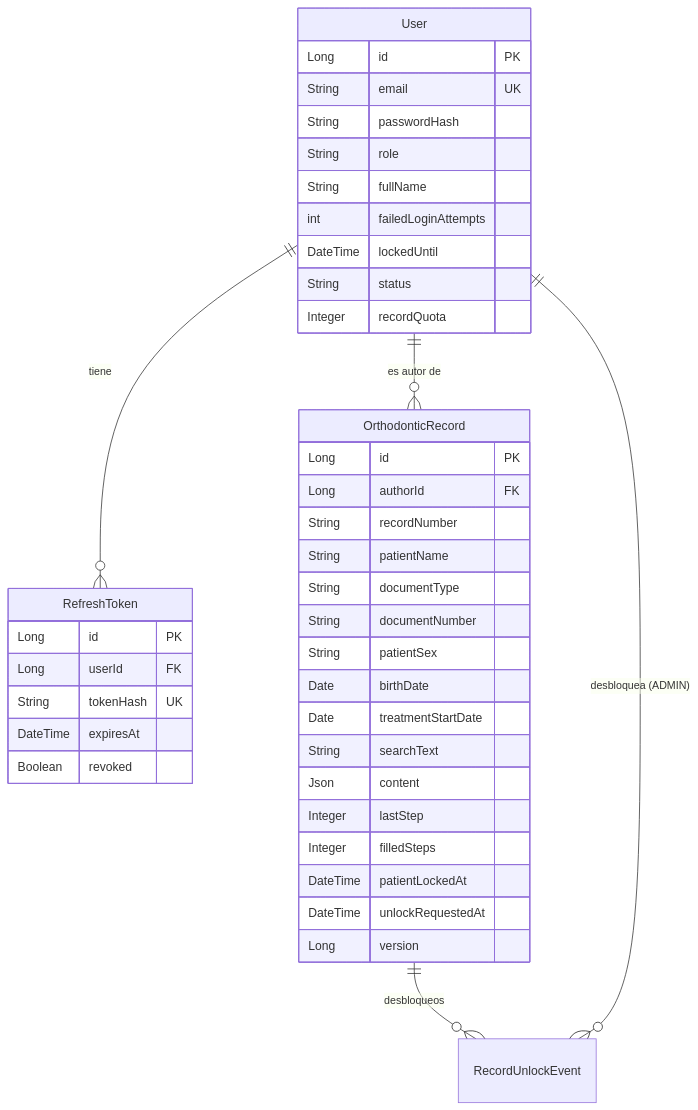
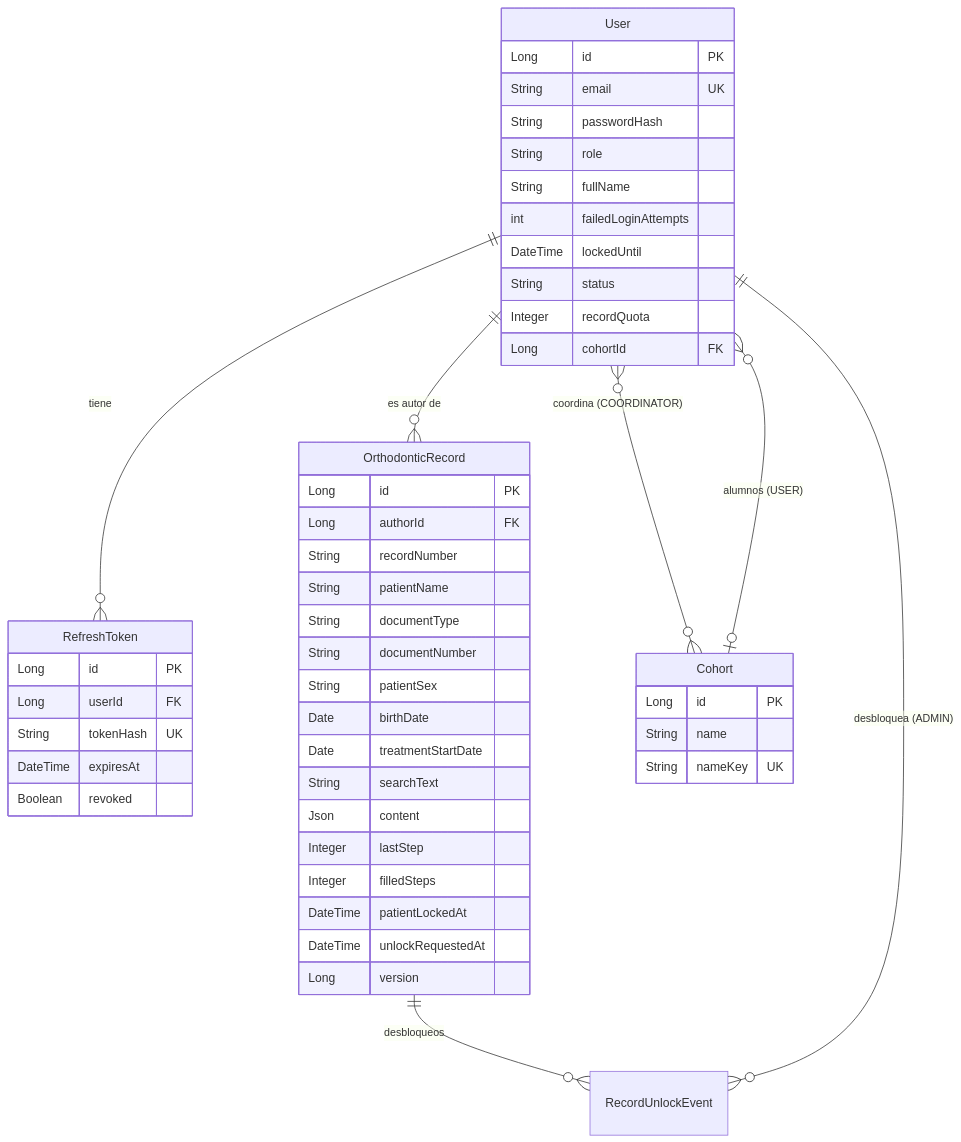
The diagram in docs/domain.md (Davico84/HSOFACOP), drawn with Mermaid before and after one commit. The commit also changed other lines of this file and 2 other files, not shown here.

````diff
--- a/docs/domain.md
+++ b/docs/domain.md
@@ -109,44 +118,52 @@
 ```mermaid
 erDiagram
     User ||--o{ RefreshToken : "tiene"
     User ||--o{ OrthodonticRecord : "es autor de"
     OrthodonticRecord ||--o{ RecordUnlockEvent : "desbloqueos"
     User ||--o{ RecordUnlockEvent : "desbloquea (ADMIN)"
+    Cohort |o--o{ User : "alumnos (USER)"
+    User }o--o{ Cohort : "coordina (COORDINATOR)"
 
     User {
         Long id PK
         String email UK
         String passwordHash
         String role
         String fullName
         int failedLoginAttempts
         DateTime lockedUntil
         String status
         Integer recordQuota
+        Long cohortId FK
+    }
+    Cohort {
+        Long id PK
+        String name
+        String nameKey UK
     }
     RefreshToken {
         Long id PK
         Long userId FK
         String tokenHash UK
         DateTime expiresAt
         Boolean revoked
     }
     OrthodonticRecord {
         Long id PK
         Long authorId FK
         String recordNumber
         String patientName
         String documentType
         String documentNumber
         String patientSex
         Date birthDate
         Date treatmentStartDate
         String searchText
         Json content
         Integer lastStep
         Integer filledSteps
         DateTime patientLockedAt
         DateTime unlockRequestedAt
         Long version
     }
 ```
````
